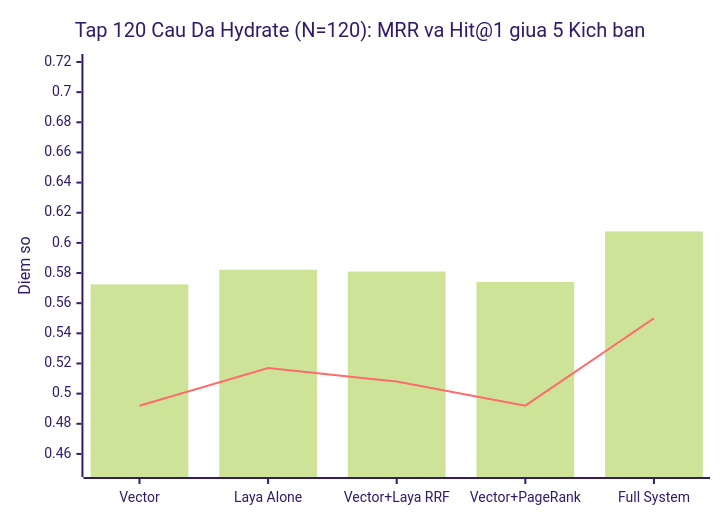
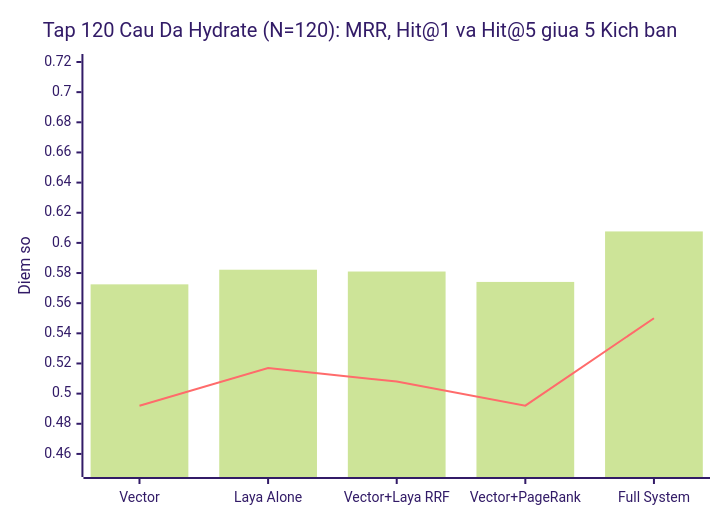
One commit to QuangManhAI/RAG_TS changed the second of 3 diagrams in docs/research/laya-jev.md. Above: the diagram before and after it, drawn with Mermaid (forest theme). The commit also changed other lines of this file, not shown here.

Commit message:
[docs] remove batch 101-120 subsection and add Recall@5 and Hit@10 columns in laya-jev.md

````diff
--- a/docs/research/laya-jev.md
+++ b/docs/research/laya-jev.md
@@ -47,8 +45,8 @@
 ```mermaid
 xychart-beta
-    title "Tap 120 Cau Da Hydrate (N=120): MRR va Hit@1 giua 5 Kich ban"
+    title "Tap 120 Cau Da Hydrate (N=120): MRR, Hit@1 va Hit@5 giua 5 Kich ban"
     x-axis ["Vector", "Laya Alone", "Vector+Laya RRF", "Vector+PageRank", "Full System"]
     y-axis "Diem so" 0.45 --> 0.72
     bar [0.5725, 0.5822, 0.5810, 0.5741, 0.6076]
     line [0.492, 0.517, 0.508, 0.492, 0.550]
 ```
````
